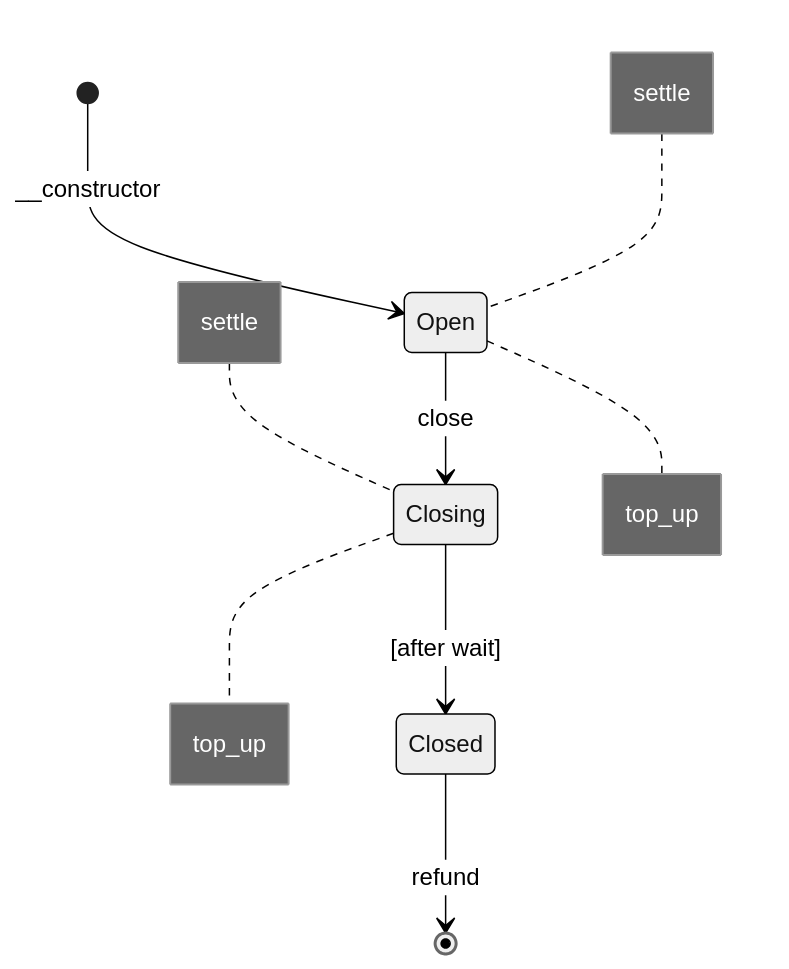
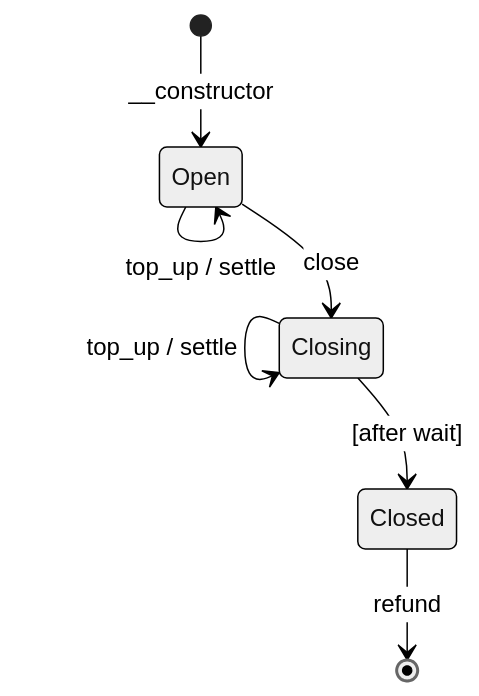
Before and after one commit to stellar-experimental/one-way-channel: the diagram in README.md, drawn with Mermaid (neutral theme). The commit also changed 1 other file, not shown here.

Commit message:
replace state diagram notes with self-transitions

````diff
--- a/README.md
+++ b/README.md
@@ -26,23 +26,12 @@
 ```mermaid
 stateDiagram-v2
     [*] --> Open: __constructor
 
+    Open --> Open: top_up / settle
     Open --> Closing: close
 
+    Closing --> Closing: top_up / settle
     Closing --> Closed: [after wait]
 
     Closed --> [*]: refund
-
-    note right of Open
-        top_up
-    end note
-    note left of Open
-        settle
-    end note
-    note right of Closing
-        top_up
-    end note
-    note left of Closing
-        settle
-    end note
 ```
````
